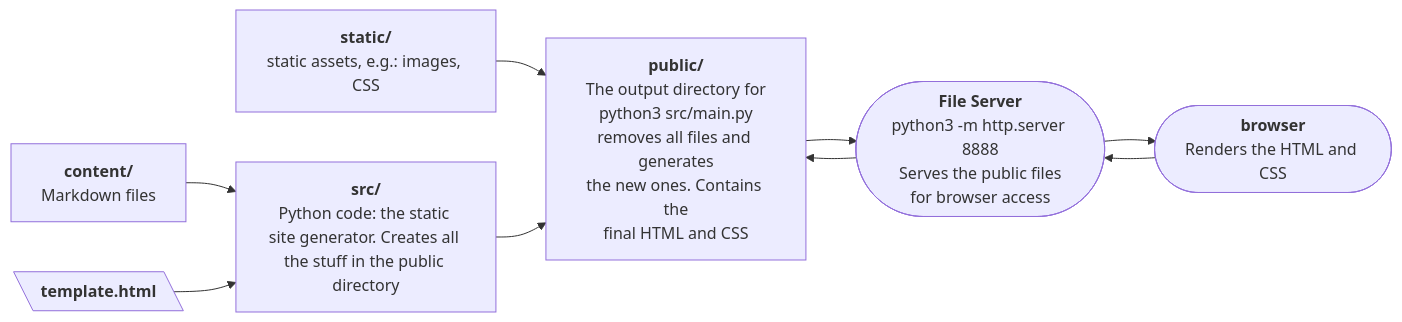
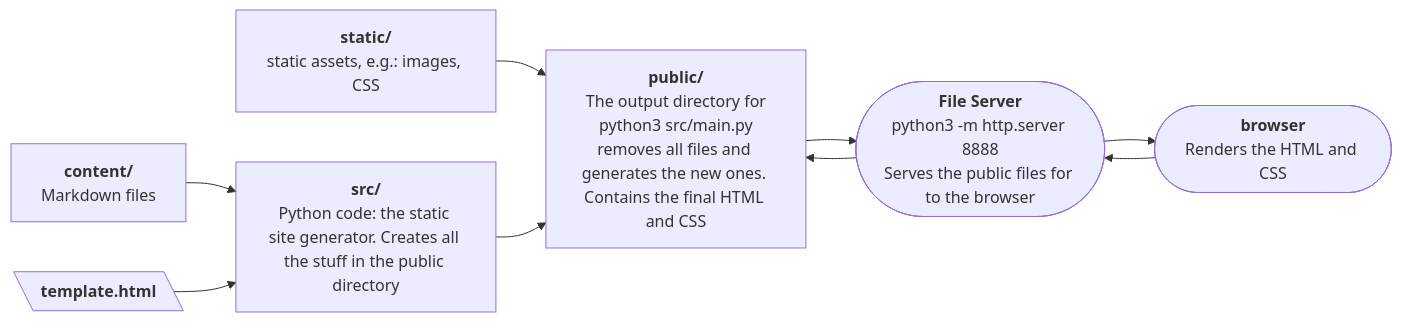
Before and after one commit to mshagirov/static-site-py: the diagram in README.md, drawn with Mermaid.

Commit message:
readme edited

````diff
--- a/README.md
+++ b/README.md
@@ -4,38 +4,35 @@
 ```mermaid
 %%{init: {"flowchart": {"htmlLabels": false}} }%%
 flowchart LR
     static["`**static/**
 static assets, e.g.: images, CSS`"]
     
     src["`**src/**
 Python code: the static site generator. Creates all the stuff in the public directory`"]
 
     content["`**content/**
 Markdown files`"]
 
     templatehtml[\"`**template.html**`"\]
     
     public["`**public/**
 The output directory for
 python3 src/main.py
-removes all files and generates
-the new ones. Contains the
-final HTML and CSS`"]
+removes all files and generates the new ones. Contains the final HTML and CSS`"]
     
     fileserver(["`**File Server**
 python3 -m http.server 8888
-Serves the public files
-for browser access`"])
+Serves the public files for to the browser`"])
     browser(["`**browser**
 Renders the HTML and CSS`"])
 
 static --> public
 src --> public
 content --> src
 templatehtml --> src
 
 public --> fileserver
 fileserver --> public
 fileserver --> browser
 browser --> fileserver
 ```
````
